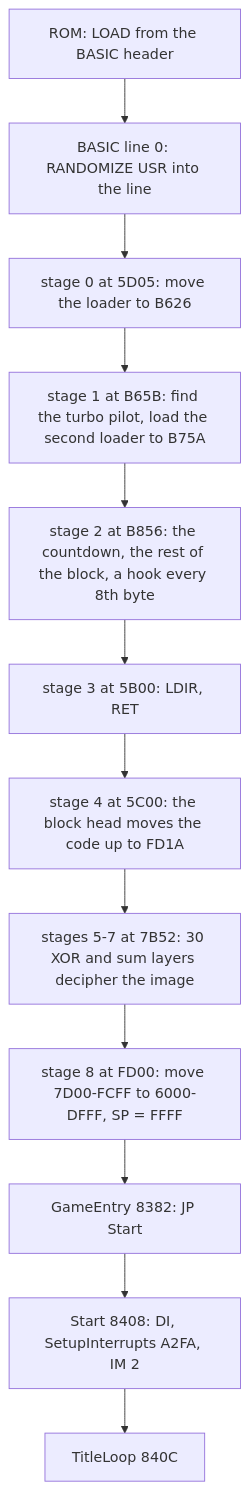
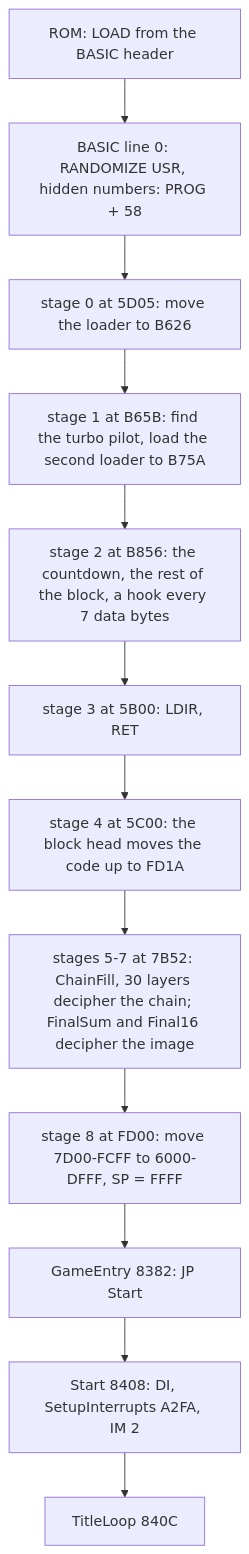
One commit to alfishe/unrealng-reverse-cases changed the first of 3 diagrams in games/deflektor/docs/02-architecture.md. Above: the diagram before and after it, drawn with Mermaid. The commit also changed other lines of this file and 34 other files, not shown here.

Commit message:
Deflektor: review round 1 fixed (54 findings): reflections from walls and polarisers with bounce tables, the turbo byte coding, ChainFill, the hidden BASIC numbers, BeamStep's cell address, message priority, clone recordings marked

````diff
--- a/games/deflektor/docs/02-architecture.md
+++ b/games/deflektor/docs/02-architecture.md
@@ -120,14 +121,14 @@
 ```mermaid
 flowchart TD
-    A[ROM: LOAD from the BASIC header] --> B[BASIC line 0: RANDOMIZE USR into the line]
+    A[ROM: LOAD from the BASIC header] --> B[BASIC line 0: RANDOMIZE USR, hidden numbers: PROG + 58]
     B --> C[stage 0 at 5D05: move the loader to B626]
     C --> D[stage 1 at B65B: find the turbo pilot, load the second loader to B75A]
-    D --> E[stage 2 at B856: the countdown, the rest of the block, a hook every 8th byte]
+    D --> E[stage 2 at B856: the countdown, the rest of the block, a hook every 7 data bytes]
     E --> F[stage 3 at 5B00: LDIR, RET]
     F --> G[stage 4 at 5C00: the block head moves the code up to FD1A]
-    G --> H[stages 5-7 at 7B52: 30 XOR and sum layers decipher the image]
+    G --> H[stages 5-7 at 7B52: ChainFill, 30 layers decipher the chain; FinalSum and Final16 decipher the image]
     H --> I[stage 8 at FD00: move 7D00-FCFF to 6000-DFFF, SP = FFFF]
     I --> J[GameEntry 8382: JP Start]
     J --> K[Start 8408: DI, SetupInterrupts A2FA, IM 2]
     K --> L[TitleLoop 840C]
 ```
````
